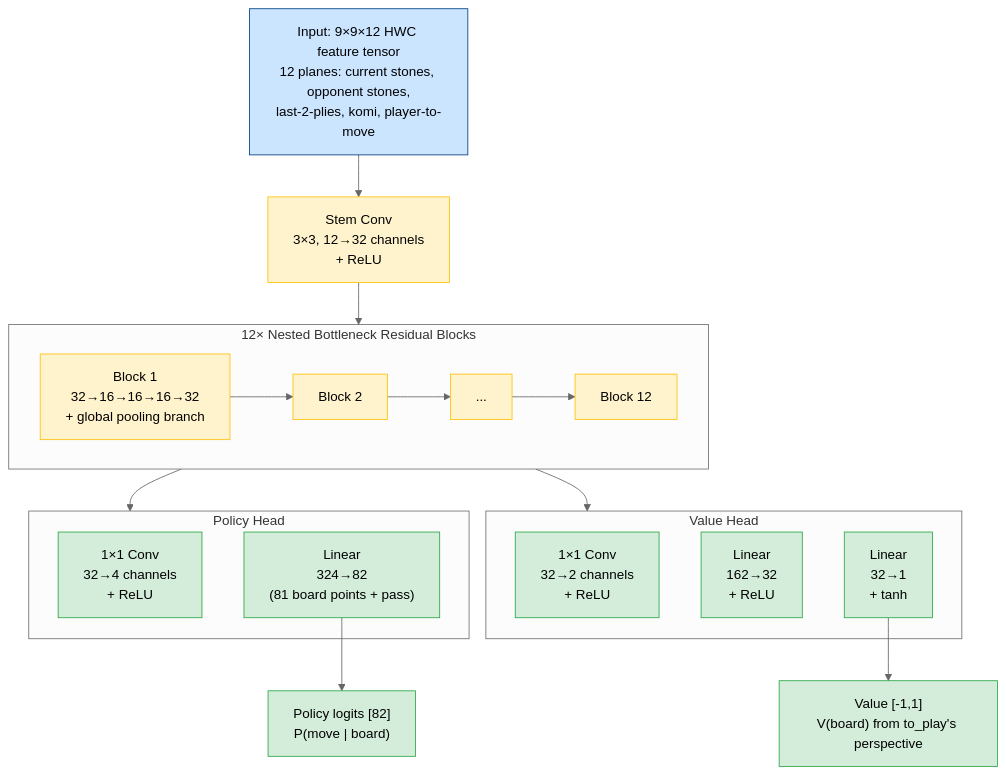
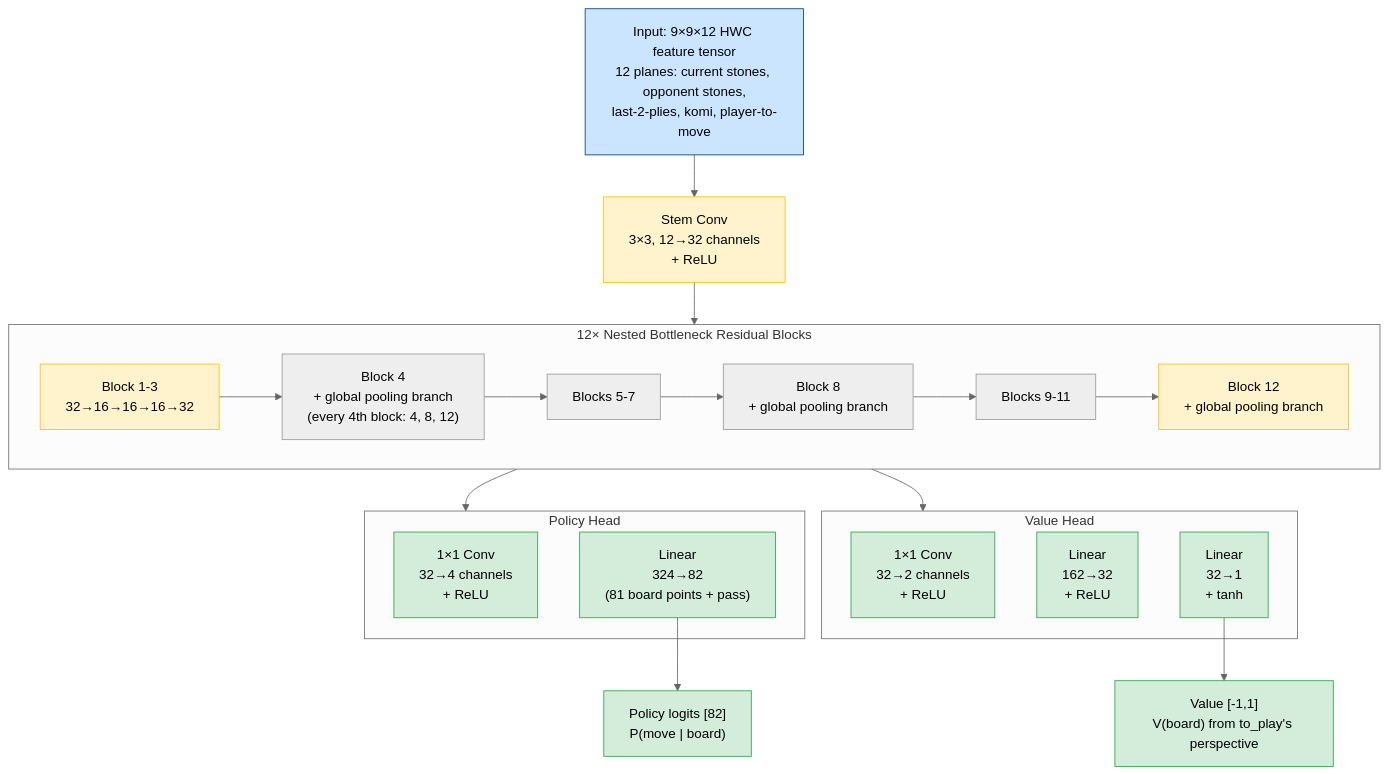
One commit to Gxmestk/katgpt-rs changed the first of 4 diagrams in .docs/06_game_arenas/moka_head_to_head.md. Above: the diagram before and after it, drawn with Mermaid (neutral theme). The commit also changed other lines of this file and 1 other file, not shown here.

First paragraph of the commit message:
docs: fix architecture diagram global-pooling block indices + stale Issue refs in win-rate table
External audit caught two real cosmetic errors (both grounded in code
verification against crates/katgpt-pruners/src/go/moka_net.rs):

````diff
--- a/.docs/06_game_arenas/moka_head_to_head.md
+++ b/.docs/06_game_arenas/moka_head_to_head.md
@@ -21,39 +21,41 @@
 ```mermaid
 flowchart TD
     Input["Input: 9×9×12 HWC feature tensor<br/>12 planes: current stones, opponent stones,<br/>last-2-plies, komi, player-to-move"]
 
     Stem["Stem Conv<br/>3×3, 12→32 channels<br/>+ ReLU"]
 
     subgraph Trunk["12× Nested Bottleneck Residual Blocks"]
-        B1["Block 1<br/>32→16→16→16→32<br/>+ global pooling branch"]
-        B2["Block 2"]
-        Dots["..."]
-        B12["Block 12"]
-        B1 --> B2 --> Dots --> B12
+        B1["Block 1-3<br/>32→16→16→16→32"]
+        B4["Block 4<br/>+ global pooling branch<br/>(every 4th block: 4, 8, 12)"]
+        B5["Blocks 5-7"]
+        B8["Block 8<br/>+ global pooling branch"]
+        B9["Blocks 9-11"]
+        B12["Block 12<br/>+ global pooling branch"]
+        B1 --> B4 --> B5 --> B8 --> B9 --> B12
     end
 
     subgraph PolicyHead["Policy Head"]
         PC["1×1 Conv<br/>32→4 channels<br/>+ ReLU"]
         PL["Linear<br/>324→82<br/>(81 board points + pass)"]
     end
 
     subgraph ValueHead["Value Head"]
         VC["1×1 Conv<br/>32→2 channels<br/>+ ReLU"]
         VH["Linear<br/>162→32<br/>+ ReLU"]
         VO["Linear<br/>32→1<br/>+ tanh"]
     end
 
     Input --> Stem --> Trunk
     Trunk --> PolicyHead
     Trunk --> ValueHead
 
     PL --> Policy["Policy logits [82]<br/>P(move | board)"]
     VO --> Value["Value [-1,1]<br/>V(board) from to_play's perspective"]
 
     classDef input fill:#cce5ff,stroke:#004085
     classDef trunk fill:#fff3cd,stroke:#ffc107
     classDef head fill:#d4edda,stroke:#28a745
     class Input input
     class Stem,B1,B2,Dots,B12 trunk
     class PC,PL,VC,VH,VO,Policy,Value head
 ```
````
